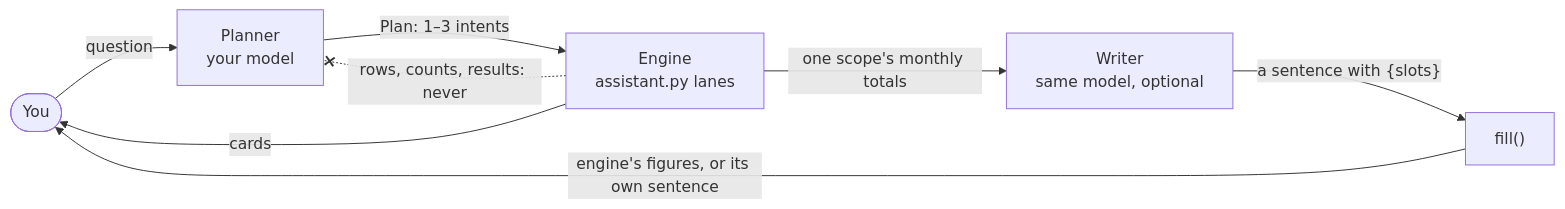
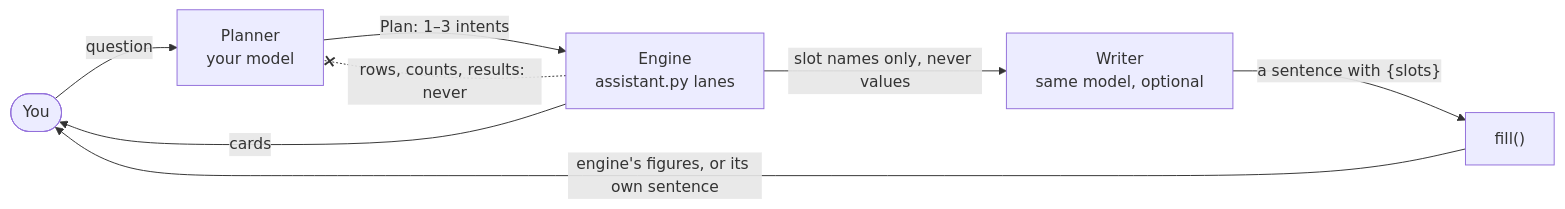
One commit to blitzave/blitzave changed the seventh of 7 diagrams in ARCHITECTURE.md. Above: the diagram before and after it, drawn with Mermaid. The commit also changed other lines of this file and 6 other files, not shown here.

First line of the commit message:
Goose's writer gets slot names, never the figures

````diff
--- a/ARCHITECTURE.md
+++ b/ARCHITECTURE.md
@@ -297,10 +299,10 @@
 ```mermaid
 flowchart LR
   you(["You"]) -->|"question"| planner["Planner<br/>your model"]
   planner -->|"Plan: 1–3 intents"| engine["Engine<br/>assistant.py lanes"]
   engine -->|"cards"| you
-  engine -->|"one scope's monthly totals"| writer["Writer<br/>same model, optional"]
+  engine -->|"slot names only, never values"| writer["Writer<br/>same model, optional"]
   writer -->|"a sentence with {slots}"| fill["fill()"]
   fill -->|"engine's figures, or its own sentence"| you
   engine -. "rows, counts, results: never" .-x planner
 ```
````
